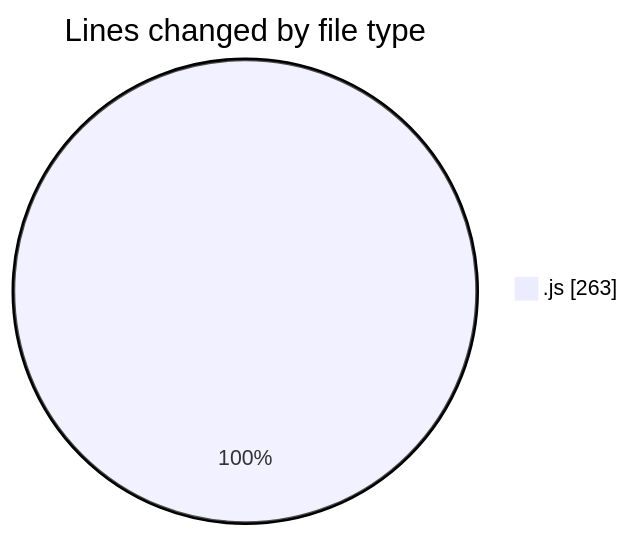
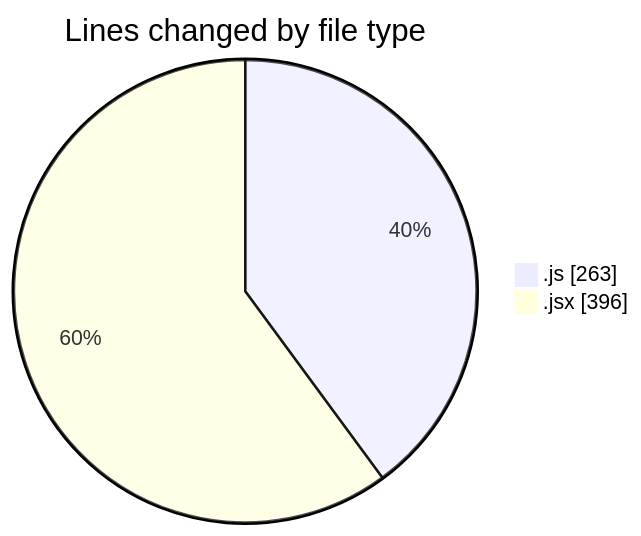
One commit to nxtqubesakshisongat/code-tracking changed the first of 2 diagrams in 2025-05-31/nxtqube_webapp/README.md. Above: the diagram before and after it, drawn with Mermaid. The commit also changed other lines of this file and 1 other file, not shown here.

````diff
--- a/2025-05-31/nxtqube_webapp/README.md
+++ b/2025-05-31/nxtqube_webapp/README.md
@@ -22,5 +23,6 @@
 ```mermaid
 pie showData
 title Lines changed by file type
 ".js" : 263
+".jsx" : 396
 ```
````
